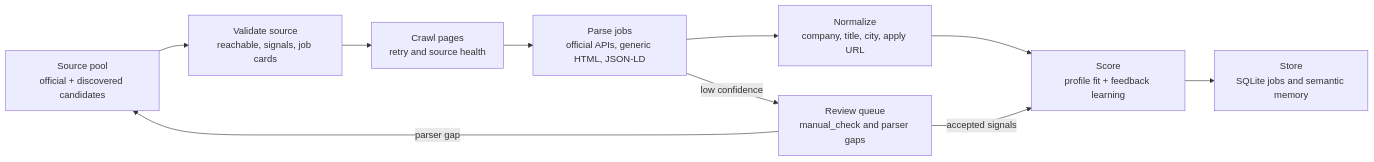
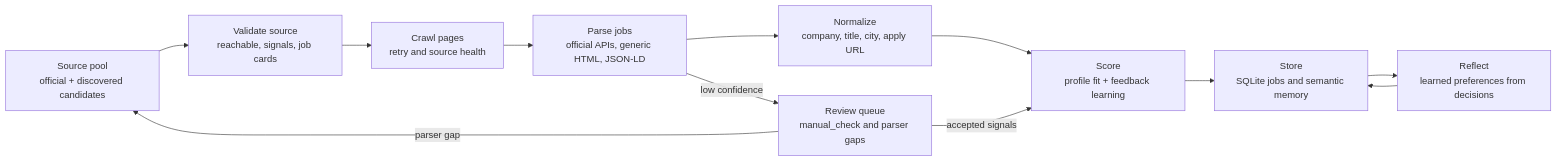
The third of 4 diagrams in docs/architecture.md (wenroudeyanhuo/Job-hunter-agent), drawn with Mermaid before and after one commit. The commit also changed other lines of this file and 20 other files, not shown here.

````diff
--- a/docs/architecture.md
+++ b/docs/architecture.md
@@ -94,16 +98,18 @@
 ```mermaid
 flowchart LR
   SourcePool["Source pool<br/>official + discovered candidates"]
   Validate["Validate source<br/>reachable, signals, job cards"]
   Crawl["Crawl pages<br/>retry and source health"]
   Parse["Parse jobs<br/>official APIs, generic HTML, JSON-LD"]
   Normalize["Normalize<br/>company, title, city, apply URL"]
   Score["Score<br/>profile fit + feedback learning"]
   Store["Store<br/>SQLite jobs and semantic memory"]
+  Reflect["Reflect<br/>learned preferences from decisions"]
   Review["Review queue<br/>manual_check and parser gaps"]
 
   SourcePool --> Validate --> Crawl --> Parse --> Normalize --> Score --> Store
+  Store --> Reflect --> Store
   Parse -->|low confidence| Review
   Review -->|accepted signals| Score
   Review -->|parser gap| SourcePool
 ```
````
